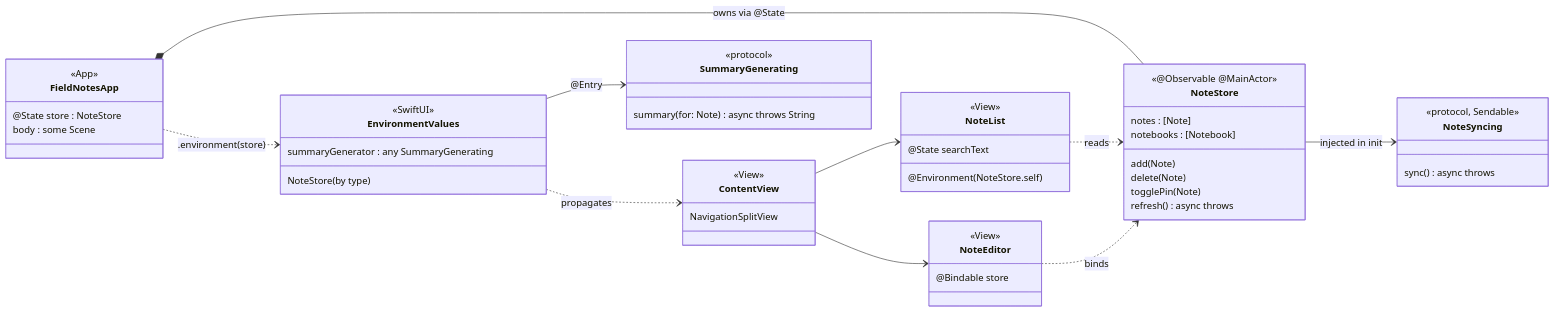
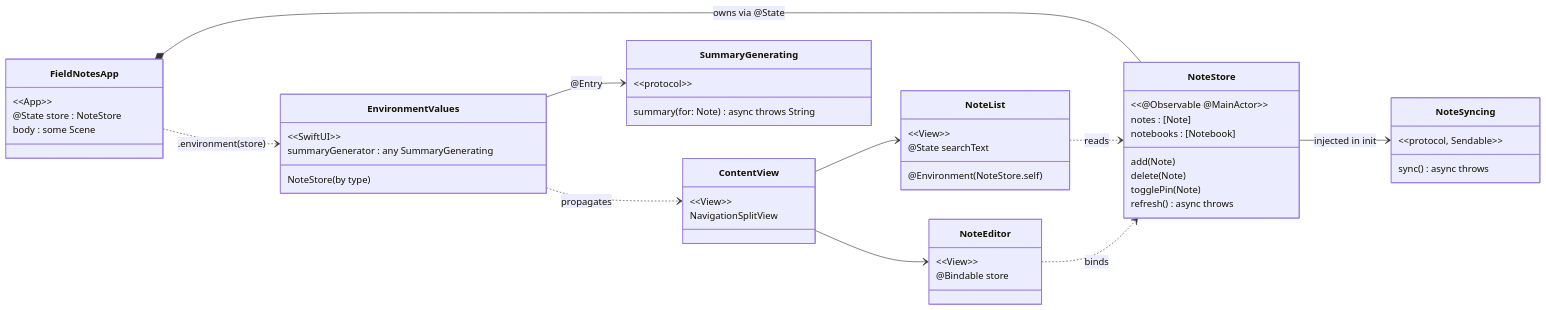
Before and after one commit to albertoirurueta/docs: the first of 2 diagrams in modules/ROOT/pages/apps/apple/app-architecture.adoc, drawn with Mermaid. The commit also changed 10 other files, not shown here.

First line of the commit message:
Fix Mermaid diagrams broken by HTML-parsed stereotypes

```diff
--- a/modules/ROOT/pages/apps/apple/app-architecture.adoc
+++ b/modules/ROOT/pages/apps/apple/app-architecture.adoc
@@ -50,54 +50,54 @@
 [mermaid]
 ....
 classDiagram
     direction LR
     class FieldNotesApp {
-        <<App>>
+        &lt;&lt;App&gt;&gt;
         @State store : NoteStore
         body : some Scene
     }
     class NoteStore {
-        <<@Observable @MainActor>>
+        &lt;&lt;@Observable @MainActor&gt;&gt;
         notes : [Note]
         notebooks : [Notebook]
         add(Note)
         delete(Note)
         togglePin(Note)
         refresh() async throws
     }
     class EnvironmentValues {
-        <<SwiftUI>>
+        &lt;&lt;SwiftUI&gt;&gt;
         NoteStore (by type)
         summaryGenerator : any SummaryGenerating
     }
     class ContentView {
-        <<View>>
+        &lt;&lt;View&gt;&gt;
         NavigationSplitView
     }
     class NoteList {
-        <<View>>
+        &lt;&lt;View&gt;&gt;
         @Environment(NoteStore.self)
         @State searchText
     }
     class NoteEditor {
-        <<View>>
+        &lt;&lt;View&gt;&gt;
         @Bindable store
     }
     class NoteSyncing {
-        <<protocol, Sendable>>
+        &lt;&lt;protocol, Sendable&gt;&gt;
         sync() async throws
     }
     class SummaryGenerating {
-        <<protocol>>
+        &lt;&lt;protocol&gt;&gt;
         summary(for: Note) async throws String
     }
     FieldNotesApp *-- NoteStore : owns via @State
     FieldNotesApp ..> EnvironmentValues : .environment(store)
     EnvironmentValues ..> ContentView : propagates
     ContentView --> NoteList
     ContentView --> NoteEditor
     NoteList ..> NoteStore : reads
     NoteEditor ..> NoteStore : binds
     NoteStore --> NoteSyncing : injected in init
     EnvironmentValues --> SummaryGenerating : @Entry
 ....
```
